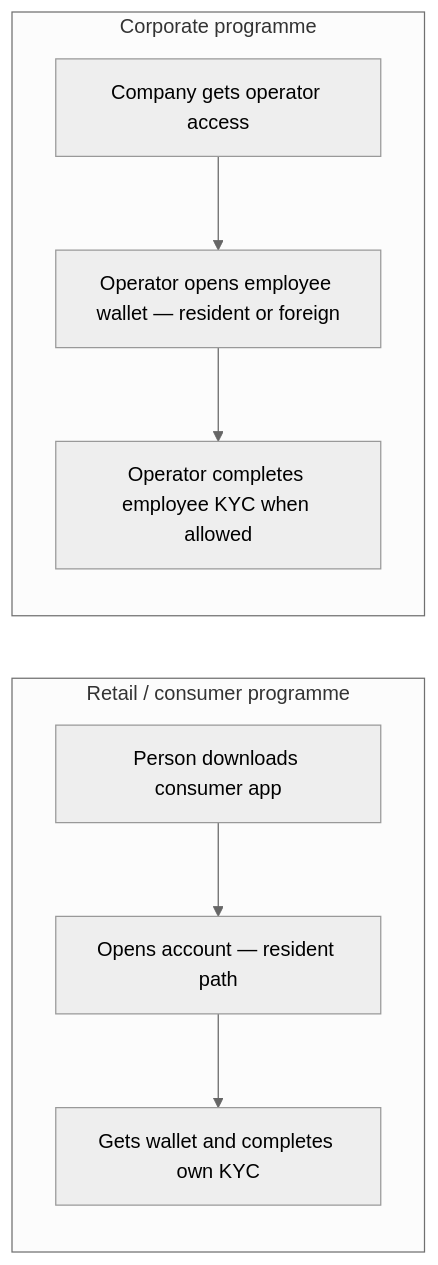
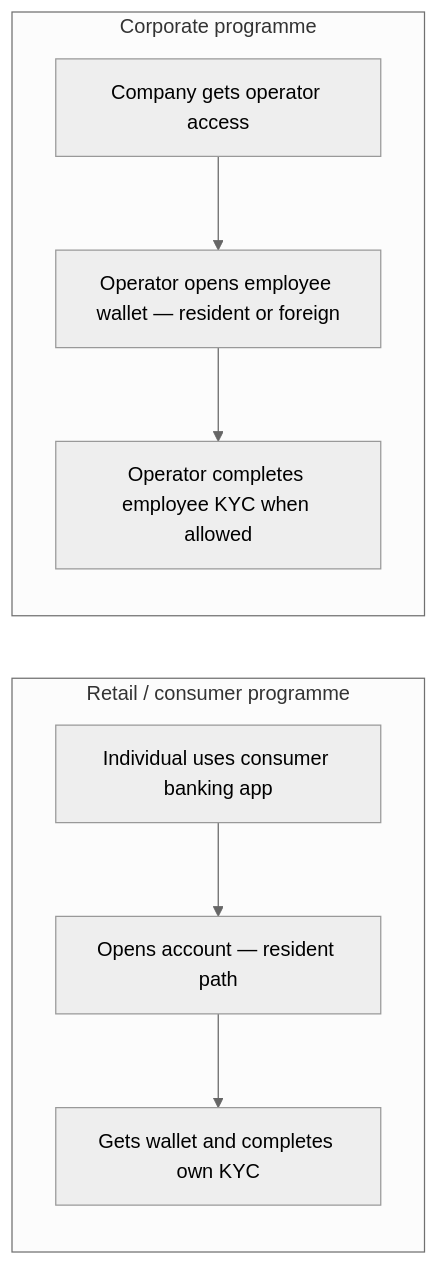
The diagram in docs/architecture/resident-and-foreign-gateway-personas.md (mitf-dev-space/mitf_wallet_public_docs), drawn with Mermaid (neutral theme) before and after one commit. The commit also changed other lines of this file and 3 other files, not shown here.

````diff
--- a/docs/architecture/resident-and-foreign-gateway-personas.md
+++ b/docs/architecture/resident-and-foreign-gateway-personas.md
@@ -55,16 +67,16 @@
 ```mermaid
 flowchart LR
   subgraph retail["Retail / consumer programme"]
-    A[Person downloads consumer app]
+    A[Individual uses consumer banking app]
     B[Opens account — resident path]
     C[Gets wallet and completes own KYC]
     A --> B --> C
   end
 
   subgraph corp["Corporate programme"]
     D[Company gets operator access]
     E[Operator opens employee wallet — resident or foreign]
     F[Operator completes employee KYC when allowed]
     D --> E --> F
   end
 ```
````
